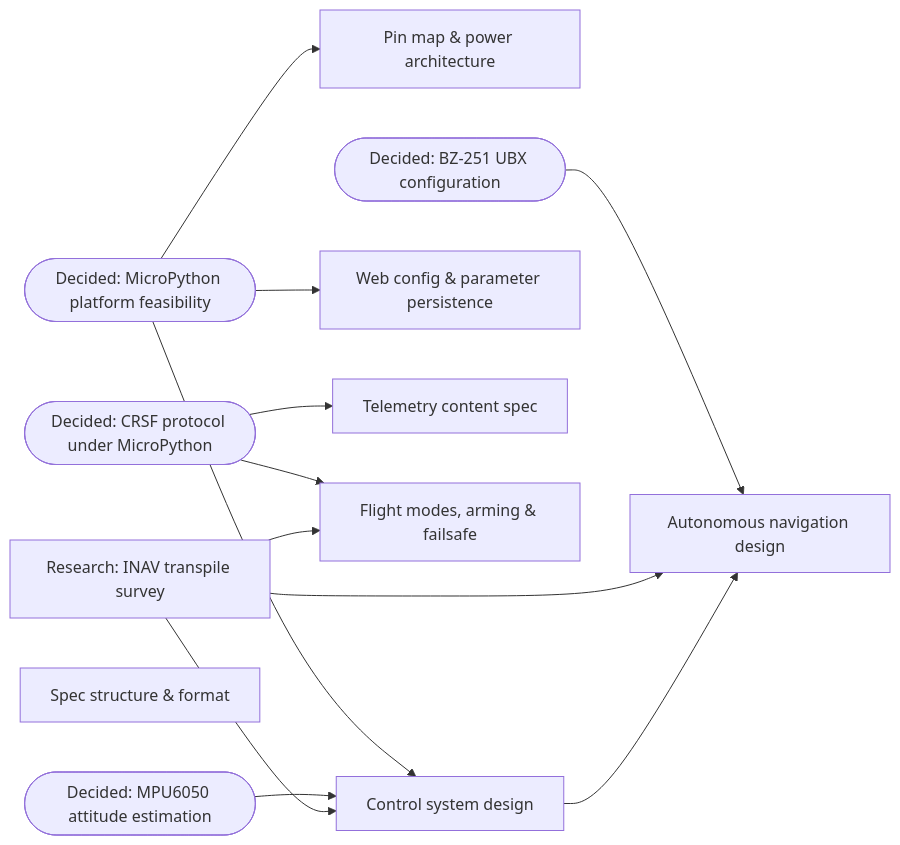
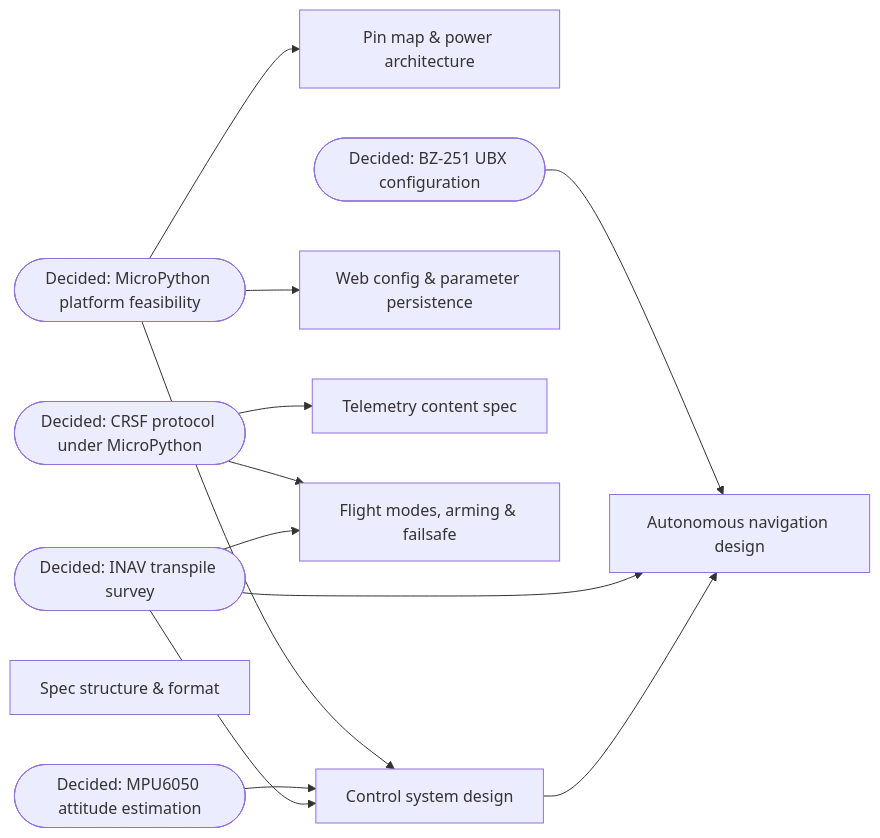
The diagram in docs/wayfinding/pico-wing-fc.md (sddark/FlyPy), drawn with Mermaid before and after one commit. The commit also changed other lines of this file and 6 other files, not shown here.

Commit message:
resolve INAV transpile survey: transpile/bespoke split recorded in part docs

````diff
--- a/docs/wayfinding/pico-wing-fc.md
+++ b/docs/wayfinding/pico-wing-fc.md
@@ -24,27 +24,27 @@
 ```mermaid
 flowchart LR
     r1(["Decided: MicroPython platform feasibility"]) --> pinmap["Pin map & power architecture"]
     r1 --> control["Control system design"]
     r1 --> webcfg["Web config & parameter persistence"]
     r2(["Decided: CRSF protocol under MicroPython"]) --> telem["Telemetry content spec"]
     r2 --> modes["Flight modes, arming & failsafe"]
     r3(["Decided: BZ-251 UBX configuration"]) --> nav["Autonomous navigation design"]
     r4(["Decided: MPU6050 attitude estimation"]) --> control
     spec["Spec structure & format"]
-    inav["Research: INAV transpile survey"] --> control
+    inav(["Decided: INAV transpile survey"]) --> control
     inav --> nav
     inav --> modes
     control --> nav
     click r1 "./pico-wing-fc/research-micropython-platform.md"
     click r2 "./pico-wing-fc/research-crsf-protocol.md"
     click r3 "./pico-wing-fc/research-bz251-ubx.md"
     click r4 "./pico-wing-fc/research-mpu6050-attitude.md"
     click spec "./pico-wing-fc/spec-structure.md"
     click pinmap "./pico-wing-fc/pin-map-power.md"
     click control "./pico-wing-fc/control-system-design.md"
     click modes "./pico-wing-fc/flight-modes-arming-failsafe.md"
     click webcfg "./pico-wing-fc/web-config-persistence.md"
     click telem "./pico-wing-fc/telemetry-content.md"
     click nav "./pico-wing-fc/autonomous-navigation.md"
     click inav "./pico-wing-fc/research-inav-survey.md"
 ```
````
